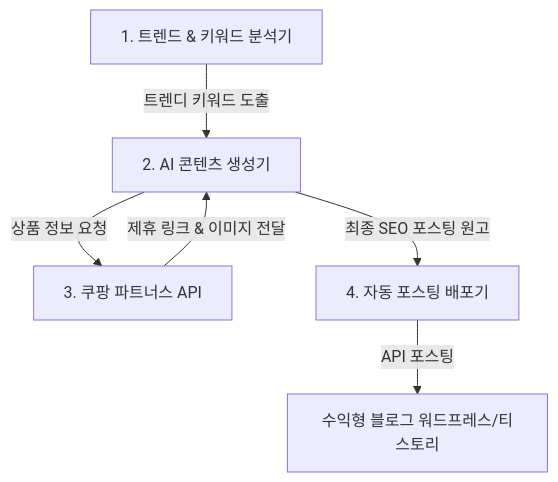
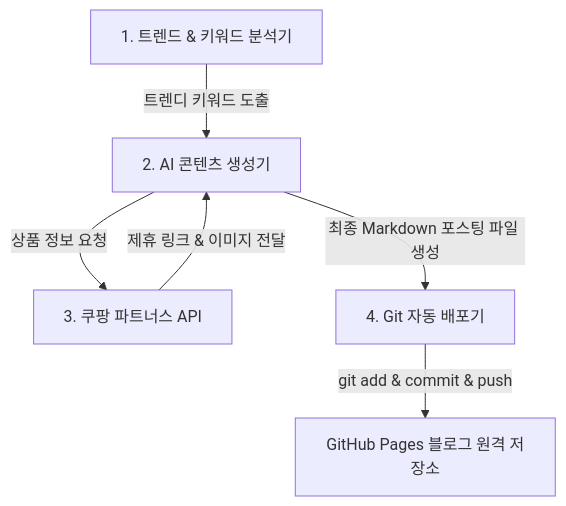
Before and after one commit to koreameme/auto_pj: the diagram in README.md, drawn with Mermaid. The commit also changed other lines of this file, not shown here.

Commit message:
Update README: Adapt to GitHub Pages static blogging platform

````diff
--- a/README.md
+++ b/README.md
@@ -22,8 +22,8 @@
 ```mermaid
 graph TD
     A[1. 트렌드 & 키워드 분석기] -->|트렌디 키워드 도출| B[2. AI 콘텐츠 생성기]
     B -->|상품 정보 요청| C[3. 쿠팡 파트너스 API]
     C -->|제휴 링크 & 이미지 전달| B
-    B -->|최종 SEO 포스팅 원고| D[4. 자동 포스팅 배포기]
-    D -->|API 포스팅| E[수익형 블로그 워드프레스/티스토리]
+    B -->|최종 Markdown 포스팅 파일 생성| D[4. Git 자동 배포기]
+    D -->|git add & commit & push| E[GitHub Pages 블로그 원격 저장소]
 ```
````
